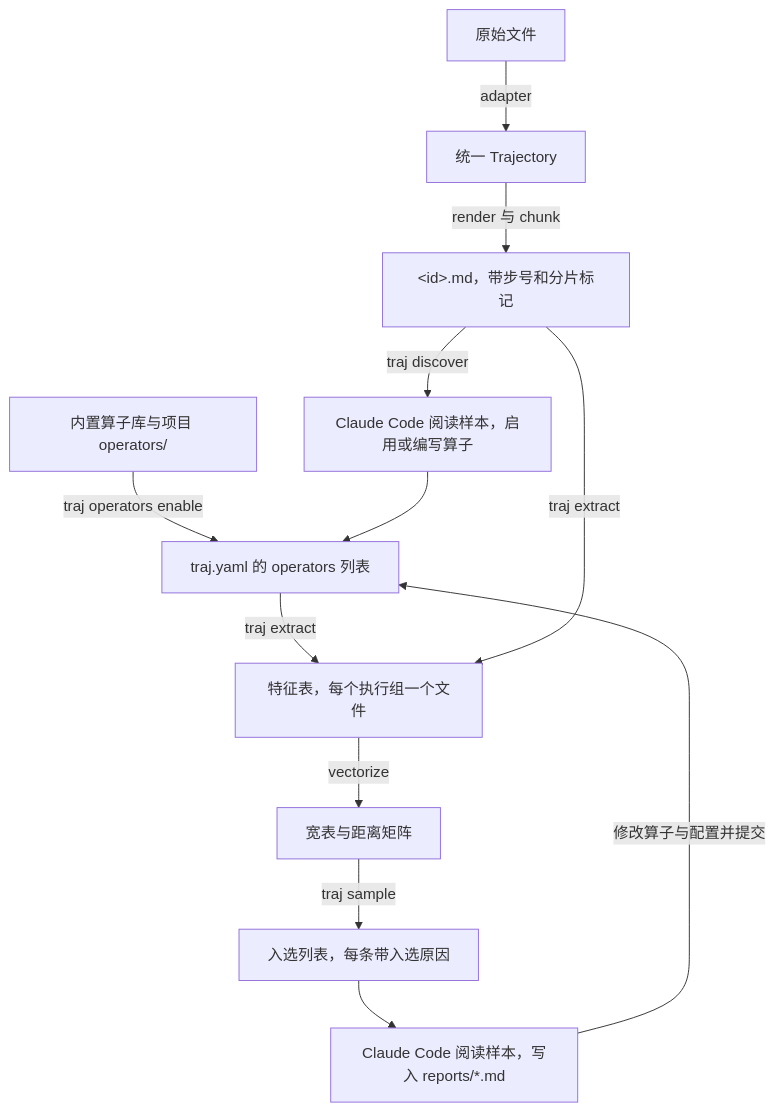
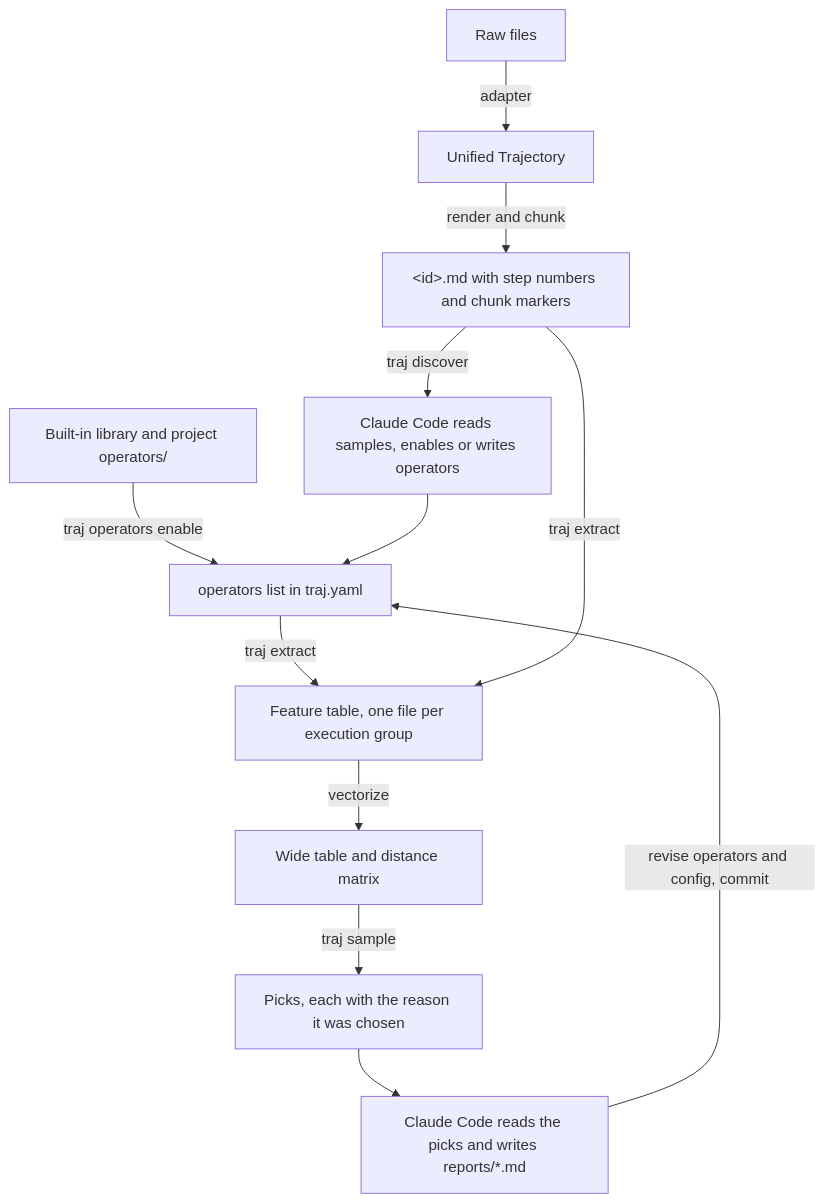
Before and after one commit to Lincyaw/traj-analyzer: the diagram in docs/design.md, drawn with Mermaid. The commit also changed other lines of this file and 1 other file, not shown here.

````diff
--- a/docs/design.md
+++ b/docs/design.md
@@ -13,14 +13,14 @@
 ```mermaid
 flowchart TD
-    raw[原始文件] -->|adapter| unified[统一 Trajectory]
-    unified -->|render 与 chunk| md["&lt;id&gt;.md，带步号和分片标记"]
-    library[内置算子库与项目 operators/] -->|traj operators enable| config["traj.yaml 的 operators 列表"]
-    md -->|traj discover| propose[Claude Code 阅读样本，启用或编写算子]
+    raw[Raw files] -->|adapter| unified[Unified Trajectory]
+    unified -->|render and chunk| md["&lt;id&gt;.md with step numbers and chunk markers"]
+    library[Built-in library and project operators/] -->|traj operators enable| config["operators list in traj.yaml"]
+    md -->|traj discover| propose[Claude Code reads samples, enables or writes operators]
     propose --> config
-    config -->|traj extract| table[特征表，每个执行组一个文件]
+    config -->|traj extract| table[Feature table, one file per execution group]
     md -->|traj extract| table
-    table -->|vectorize| frame[宽表与距离矩阵]
-    frame -->|traj sample| picks[入选列表，每条带入选原因]
-    picks --> report["Claude Code 阅读样本，写入 reports/*.md"]
-    report -->|修改算子与配置并提交| config
+    table -->|vectorize| frame[Wide table and distance matrix]
+    frame -->|traj sample| picks[Picks, each with the reason it was chosen]
+    picks --> report["Claude Code reads the picks and writes reports/*.md"]
+    report -->|revise operators and config, commit| config
 ```
````
